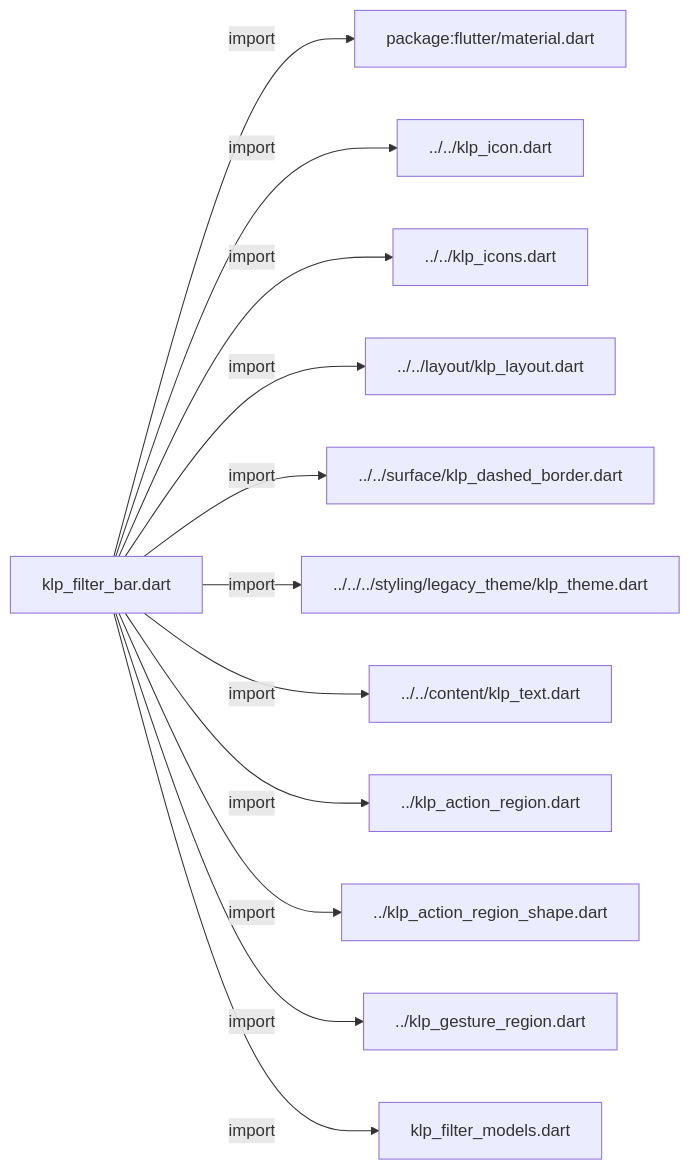
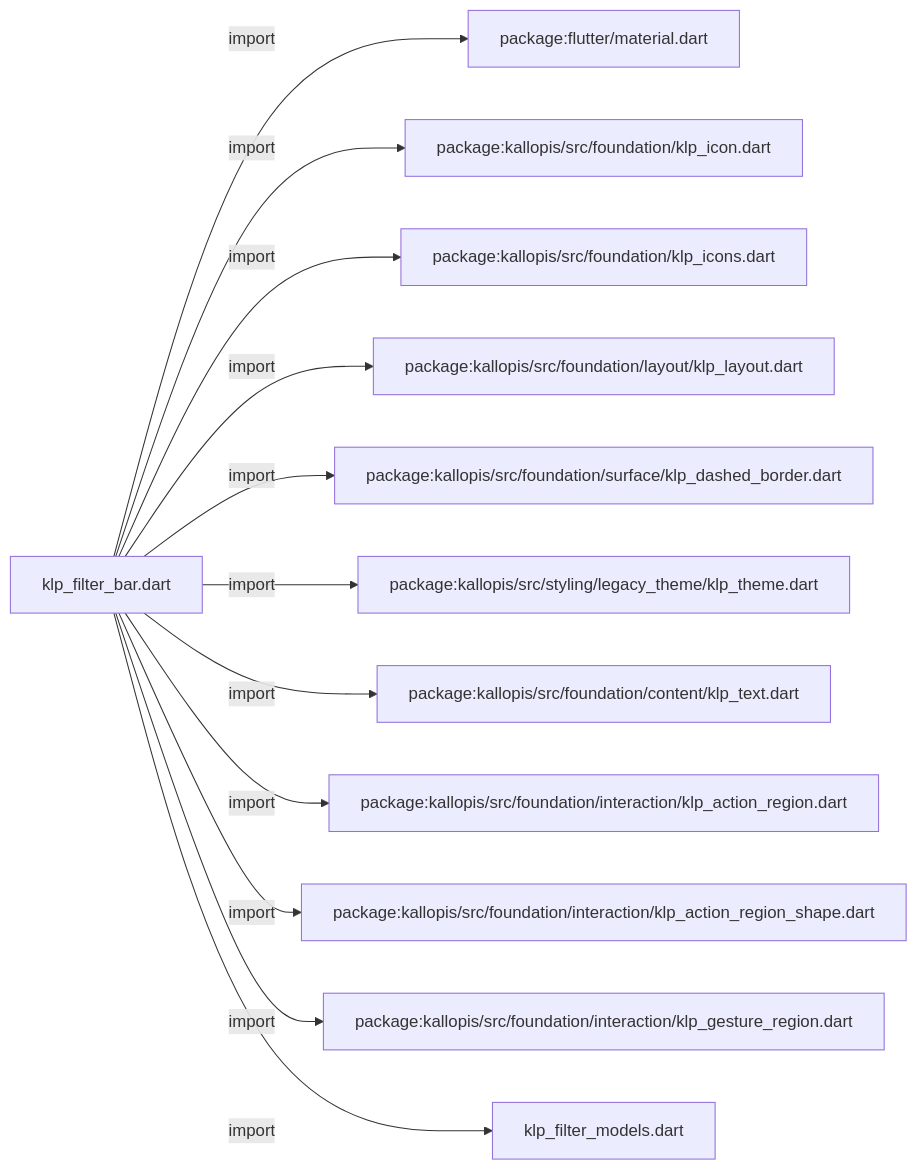
The first of 2 diagrams in docs/architecture/src/foundation/interaction/filter/klp_filter_bar.md (MiuDog/Kallopis), drawn with Mermaid before and after one commit. The commit also changed other lines of this file and 9688 other files, not shown here.

Commit message:
Prepare isolated Flow F2 peer baseline

````diff
--- a/docs/architecture/src/foundation/interaction/filter/klp_filter_bar.md
+++ b/docs/architecture/src/foundation/interaction/filter/klp_filter_bar.md
@@ -11,26 +11,26 @@
 ```mermaid
 flowchart LR
 	n0["klp_filter_bar.dart"]
 	n1["package:flutter/material.dart"]
-	n2["../../klp_icon.dart"]
-	n3["../../klp_icons.dart"]
-	n4["../../layout/klp_layout.dart"]
-	n5["../../surface/klp_dashed_border.dart"]
-	n6["../../../styling/legacy_theme/klp_theme.dart"]
-	n7["../../content/klp_text.dart"]
-	n8["../klp_action_region.dart"]
-	n9["../klp_action_region_shape.dart"]
-	n10["../klp_gesture_region.dart"]
+	n2["package:kallopis/src/foundation/klp_icon.dart"]
+	n3["package:kallopis/src/foundation/klp_icons.dart"]
+	n4["package:kallopis/src/foundation/layout/klp_layout.dart"]
+	n5["package:kallopis/src/foundation/surface/klp_dashed_border.dart"]
+	n6["package:kallopis/src/styling/legacy_theme/klp_theme.dart"]
+	n7["package:kallopis/src/foundation/content/klp_text.dart"]
+	n8["package:kallopis/src/foundation/interaction/klp_action_region.dart"]
+	n9["package:kallopis/src/foundation/interaction/klp_action_region_shape.dart"]
+	n10["package:kallopis/src/foundation/interaction/klp_gesture_region.dart"]
 	n11["klp_filter_models.dart"]
 	n0 -->|"import"| n1
 	n0 -->|"import"| n2
 	n0 -->|"import"| n3
 	n0 -->|"import"| n4
 	n0 -->|"import"| n5
 	n0 -->|"import"| n6
 	n0 -->|"import"| n7
 	n0 -->|"import"| n8
 	n0 -->|"import"| n9
 	n0 -->|"import"| n10
 	n0 -->|"import"| n11
 ```
````
